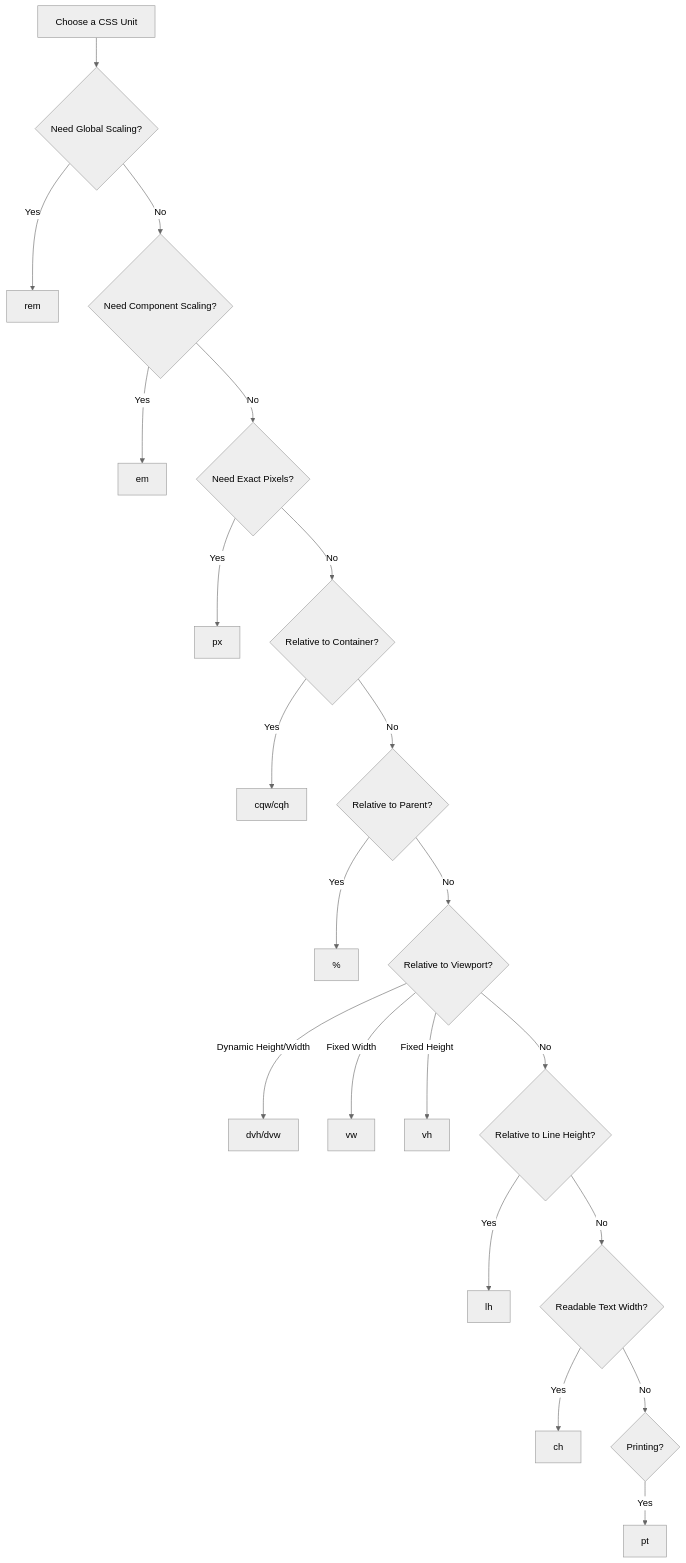
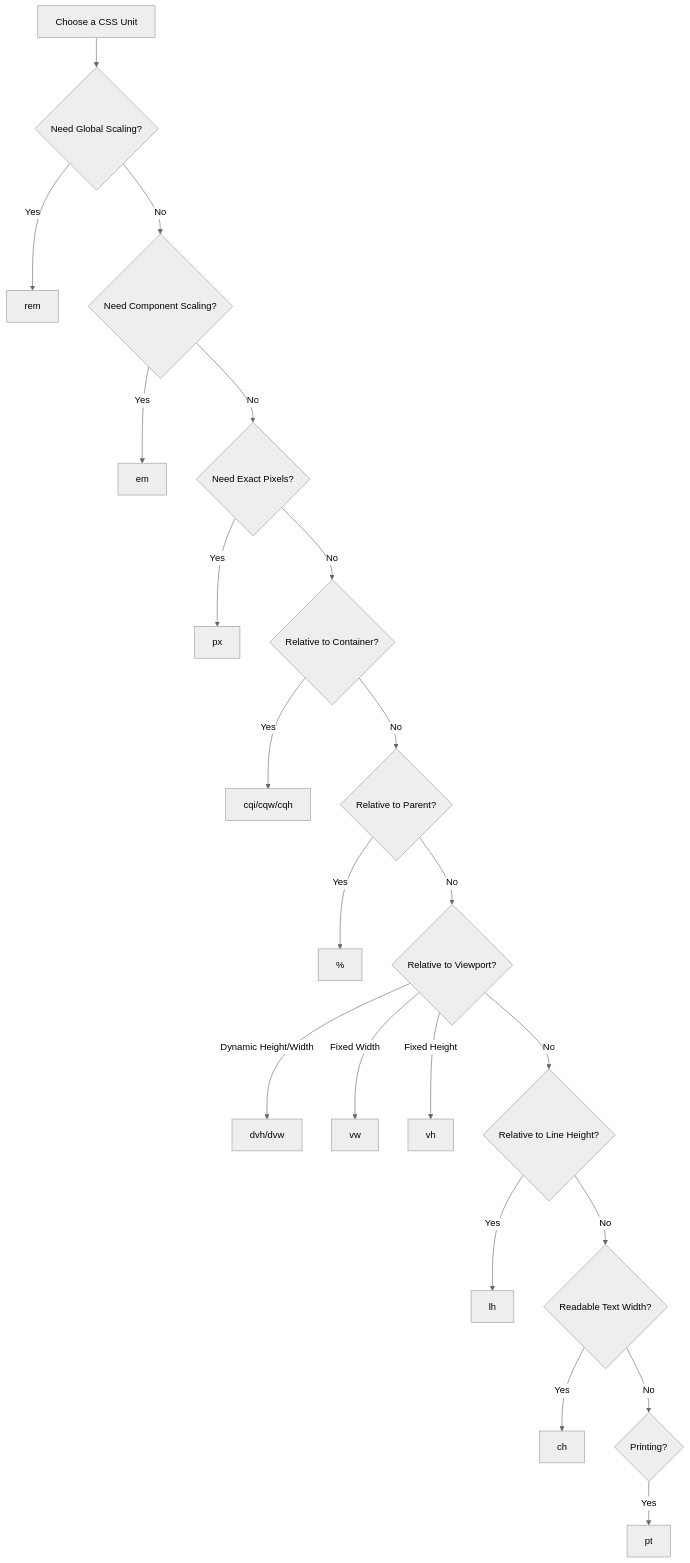
One commit to kumaratul60/System-Design changed the tenth of 10 diagrams in cheatsheets/cssUnits.md. Above: the diagram before and after it, drawn with Mermaid (neutral theme). The commit also changed other lines of this file and 1 other file, not shown here.

````diff
--- a/cheatsheets/cssUnits.md
+++ b/cheatsheets/cssUnits.md
@@ -1348,23 +1642,23 @@
     ```mermaid
     flowchart TD
       Start[Choose a CSS Unit] --> A{Need Global Scaling?}
       A -->|Yes| rem
       A -->|No| B{Need Component Scaling?}
       B -->|Yes| em
       B -->|No| C{Need Exact Pixels?}
       C -->|Yes| px
       C -->|No| H{Relative to Container?}
-      H -->|Yes| cqw/cqh
+      H -->|Yes| cqi/cqw/cqh
       H -->|No| D{Relative to Parent?}
       D -->|Yes| pct["%"]
       D -->|No| E{Relative to Viewport?}
       E -->|Dynamic Height/Width| dvh/dvw
       E -->|Fixed Width| vw
       E -->|Fixed Height| vh
       E -->|No| I{Relative to Line Height?}
       I -->|Yes| lh
       I -->|No| F{Readable Text Width?}
       F -->|Yes| ch
       F -->|No| G{Printing?}
       G -->|Yes| pt
     ```
````
